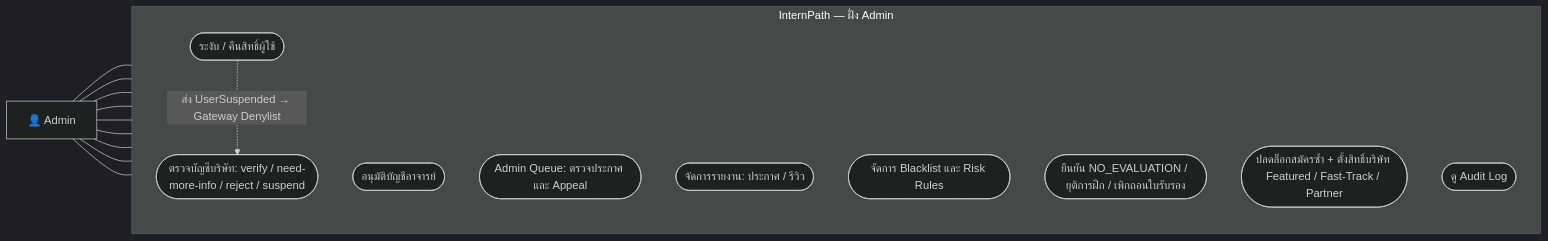
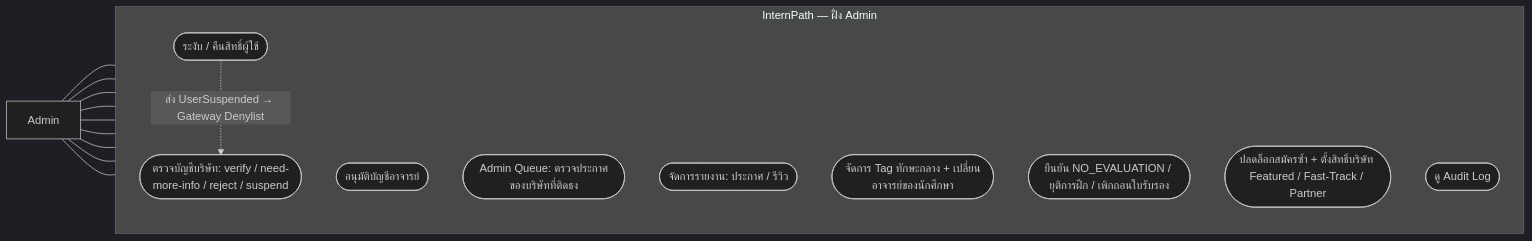
One commit to InternPATHz/InternPATH changed the fourth of 18 diagrams in docs/diagram.md. Above: the diagram before and after it, drawn with Mermaid (dark theme). The commit also changed other lines of this file and 224 other files, not shown here.

````diff
--- a/docs/diagram.md
+++ b/docs/diagram.md
@@ -124,28 +124,28 @@
 ```mermaid
 flowchart LR
-    AD["👤 Admin"]
+    AD["Admin"]
 
     subgraph SYS["InternPath — ฝั่ง Admin"]
         direction TB
         D1(["ตรวจบัญชีบริษัท: verify / need-more-info / reject / suspend"])
         D2(["อนุมัติบัญชีอาจารย์"])
-        D3(["Admin Queue: ตรวจประกาศ และ Appeal"])
+        D3(["Admin Queue: ตรวจประกาศของบริษัทที่ติดธง"])
         D4(["จัดการรายงาน: ประกาศ / รีวิว"])
-        D5(["จัดการ Blacklist และ Risk Rules"])
+        D5(["จัดการ Tag ทักษะกลาง + เปลี่ยนอาจารย์ของนักศึกษา"])
         D6(["ระงับ / คืนสิทธิ์ผู้ใช้"])
         D7(["ยืนยัน NO_EVALUATION / ยุติการฝึก / เพิกถอนใบรับรอง"])
         D8(["ปลดล็อกสมัครซ้ำ + ตั้งสิทธิ์บริษัท Featured / Fast-Track / Partner"])
         D9(["ดู Audit Log"])
     end
 
     AD --- D1
     AD --- D2
     AD --- D3
     AD --- D4
     AD --- D5
     AD --- D6
     AD --- D7
     AD --- D8
     AD --- D9
     D6 -.->|ส่ง UserSuspended → Gateway Denylist| D1
 ```
````
